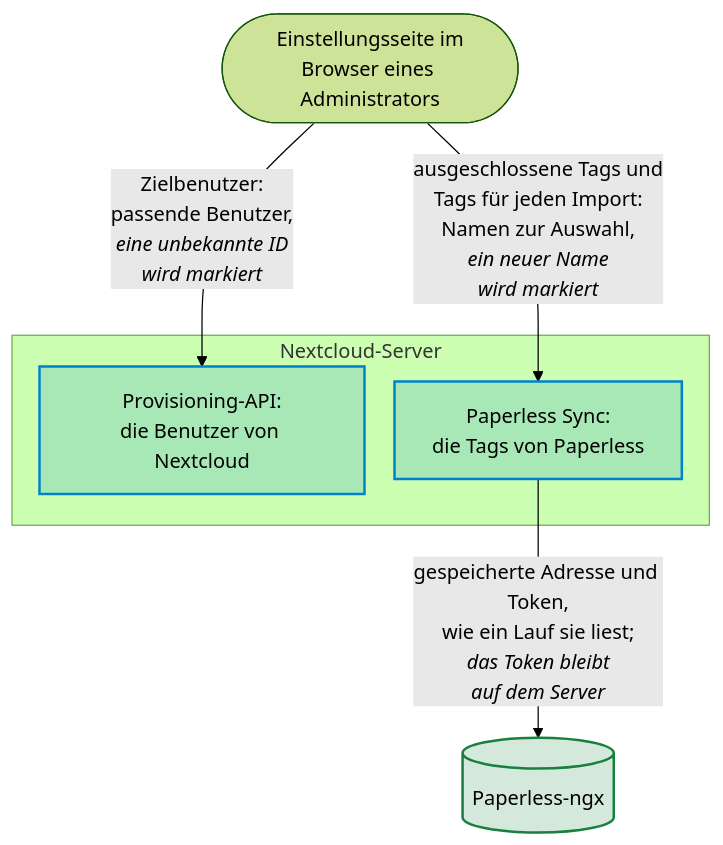
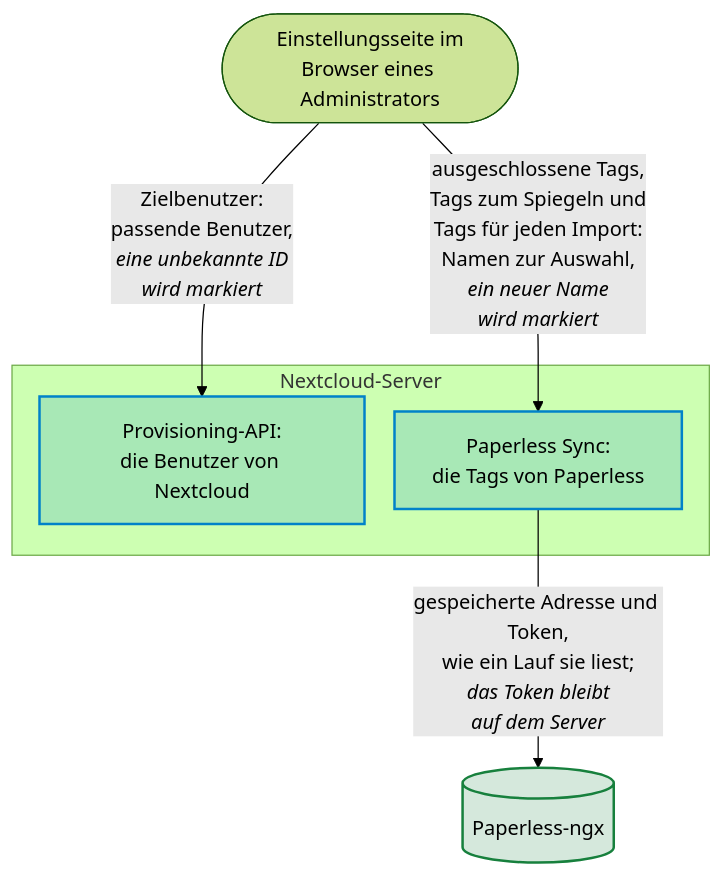
Before and after one commit to Dennis-Otto/paperless-sync: the diagram in docs/diagrams/where-the-pickers-of-the-settings-take-their-names-from.de.mmd, drawn with Mermaid (forest theme). The commit also changed 69 other files, not shown here.

```diff
--- a/docs/diagrams/where-the-pickers-of-the-settings-take-their-names-from.de.mmd
+++ b/docs/diagrams/where-the-pickers-of-the-settings-take-their-names-from.de.mmd
@@ -1,24 +1,24 @@
 ---
 config:
   flowchart:
     nodeSpacing: 24
 ---
 flowchart TB
     accTitle: Woher die Auswahlfelder der Einstellungen ihre Namen nehmen
-    accDescr: Das Feld des Zielbenutzers fragt die Provisioning-API von Nextcloud nach den Benutzern, deren ID, Name oder E-Mail-Adresse das Getippte enthält, und nach der Benutzer-ID im Feld, die es markiert, wenn Nextcloud keinen solchen Benutzer hat. Die Felder der ausgeschlossenen Tags und der Tags für jeden Import fragen Paperless Sync, das die Tags mit der gespeicherten Adresse und dem gespeicherten API-Token aus Paperless-ngx liest, wie ein Lauf es tut; das Token bleibt auf dem Server. Ein Name, zu dem Paperless keinen Tag hat, lässt sich ebenfalls hinzufügen und wird als nicht in Paperless markiert.
+    accDescr: Das Feld des Zielbenutzers fragt die Provisioning-API von Nextcloud nach den Benutzern, deren ID, Name oder E-Mail-Adresse das Getippte enthält, und nach der Benutzer-ID im Feld, die es markiert, wenn Nextcloud keinen solchen Benutzer hat. Die Felder der ausgeschlossenen Tags, der Tags zum Spiegeln und der Tags für jeden Import fragen Paperless Sync, das die Tags mit der gespeicherten Adresse und dem gespeicherten API-Token aus Paperless-ngx liest, wie ein Lauf es tut; das Token bleibt auf dem Server. Ein Name, zu dem Paperless keinen Tag hat, lässt sich ebenfalls hinzufügen und wird als nicht in Paperless markiert.
 
     page(["Einstellungsseite im<br>Browser eines Administrators"])
     subgraph nextcloud ["Nextcloud-Server"]
         users["Provisioning-API:<br>die Benutzer von Nextcloud"]
         app["Paperless Sync:<br>die Tags von Paperless"]
     end
     paperless[("Paperless-ngx")]
 
     page -- "`Zielbenutzer:<br>passende Benutzer,<br>*eine unbekannte ID<br>wird markiert*`" --> users
-    page -- "`ausgeschlossene Tags und<br>Tags für jeden Import:<br>Namen zur Auswahl,<br>*ein neuer Name<br>wird markiert*`" --> app
+    page -- "`ausgeschlossene Tags,<br>Tags zum Spiegeln und<br>Tags für jeden Import:<br>Namen zur Auswahl,<br>*ein neuer Name<br>wird markiert*`" --> app
     app -- "`gespeicherte Adresse und Token,<br>wie ein Lauf sie liest;<br>*das Token bleibt<br>auf dem Server*`" --> paperless
 
     classDef paperless fill:#17803d2e,stroke:#17803d,stroke-width:2px
     classDef nextcloud fill:#0082c92e,stroke:#0082c9,stroke-width:2px
     class paperless paperless
     class users,app nextcloud
```
